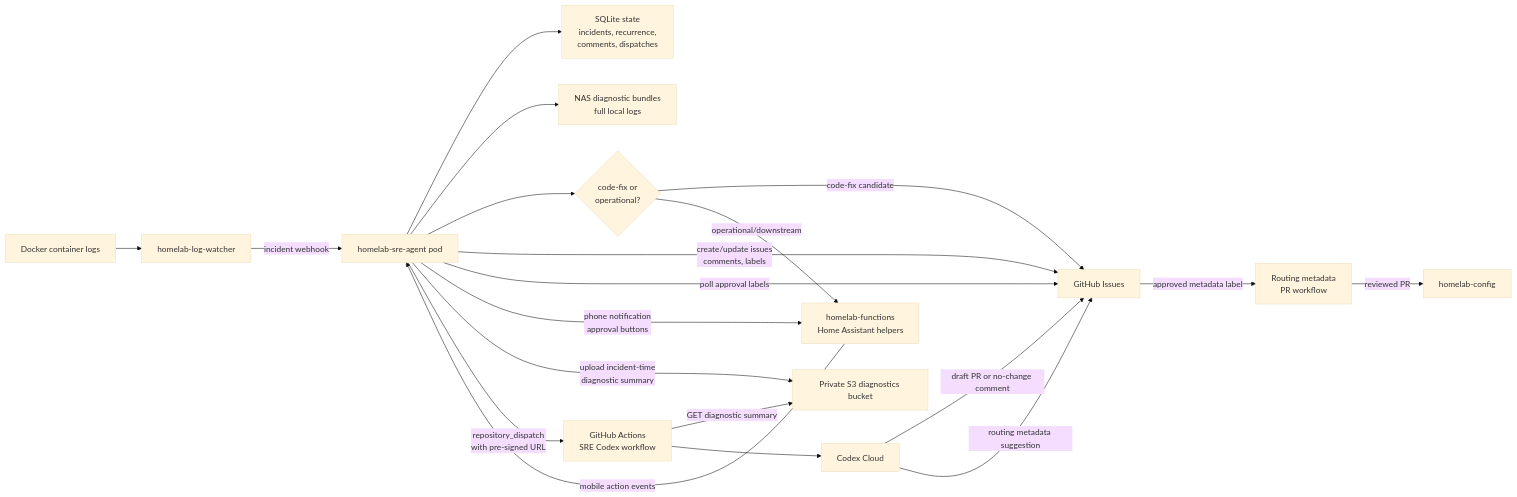
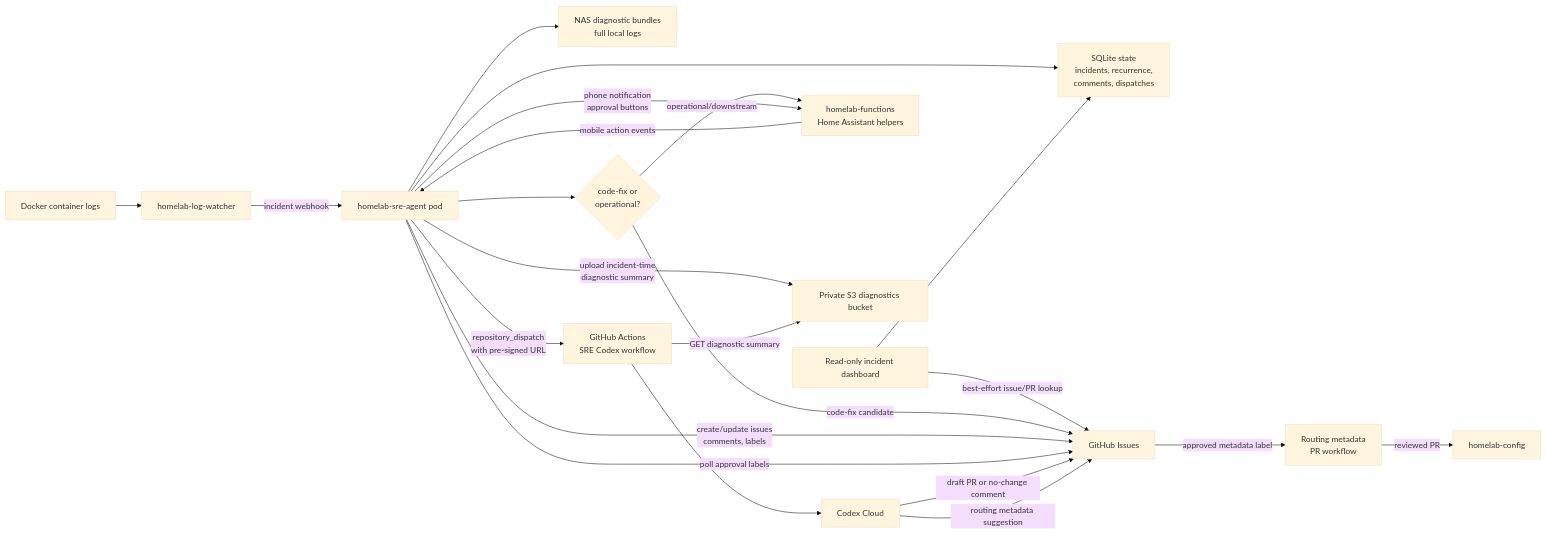
One commit to feocco/homelab-sre-agent changed the diagram in docs/architecture.md. Above: the diagram before and after it, drawn with Mermaid (base theme). The commit also changed other lines of this file and 8 other files, not shown here.

Commit message:
Add read-only SRE incident dashboard

````diff
--- a/docs/architecture.md
+++ b/docs/architecture.md
@@ -9,23 +9,25 @@
 ```mermaid
 flowchart LR
     logs["Docker container logs"] --> watcher["homelab-log-watcher"]
     watcher -- "incident webhook" --> sre["homelab-sre-agent pod"]
 
     sre --> state["SQLite state\nincidents, recurrence,\ncomments, dispatches"]
+    dashboard["Read-only incident dashboard"] --> state
+    dashboard -- "best-effort issue/PR lookup" --> github
     sre --> localdiag["NAS diagnostic bundles\nfull local logs"]
     sre --> route{"code-fix or\noperational?"}
     route -- "code-fix candidate" --> github
     route -- "operational/downstream" --> helpers
     sre -- "create/update issues\ncomments, labels" --> github["GitHub Issues"]
     sre -- "poll approval labels" --> github
     sre -- "phone notification\napproval buttons" --> helpers["homelab-functions\nHome Assistant helpers"]
     helpers -- "mobile action events" --> sre
     sre -- "upload incident-time\ndiagnostic summary" --> s3["Private S3 diagnostics bucket"]
     sre -- "repository_dispatch\nwith pre-signed URL" --> workflow["GitHub Actions\nSRE Codex workflow"]
     workflow -- "GET diagnostic summary" --> s3
     workflow --> codex["Codex Cloud"]
     codex -- "draft PR or no-change comment" --> github
     codex -- "routing metadata suggestion" --> github
     github -- "approved metadata label" --> metapr["Routing metadata\nPR workflow"]
     metapr -- "reviewed PR" --> config["homelab-config"]
 ```
````
